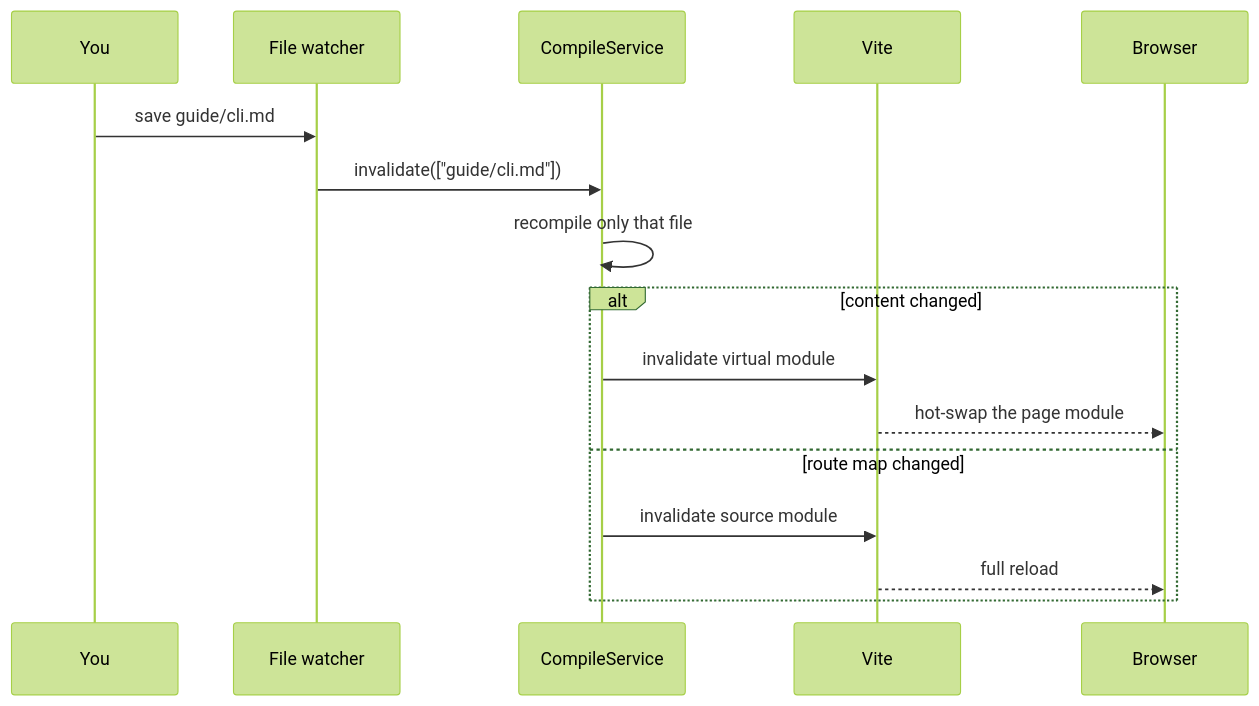
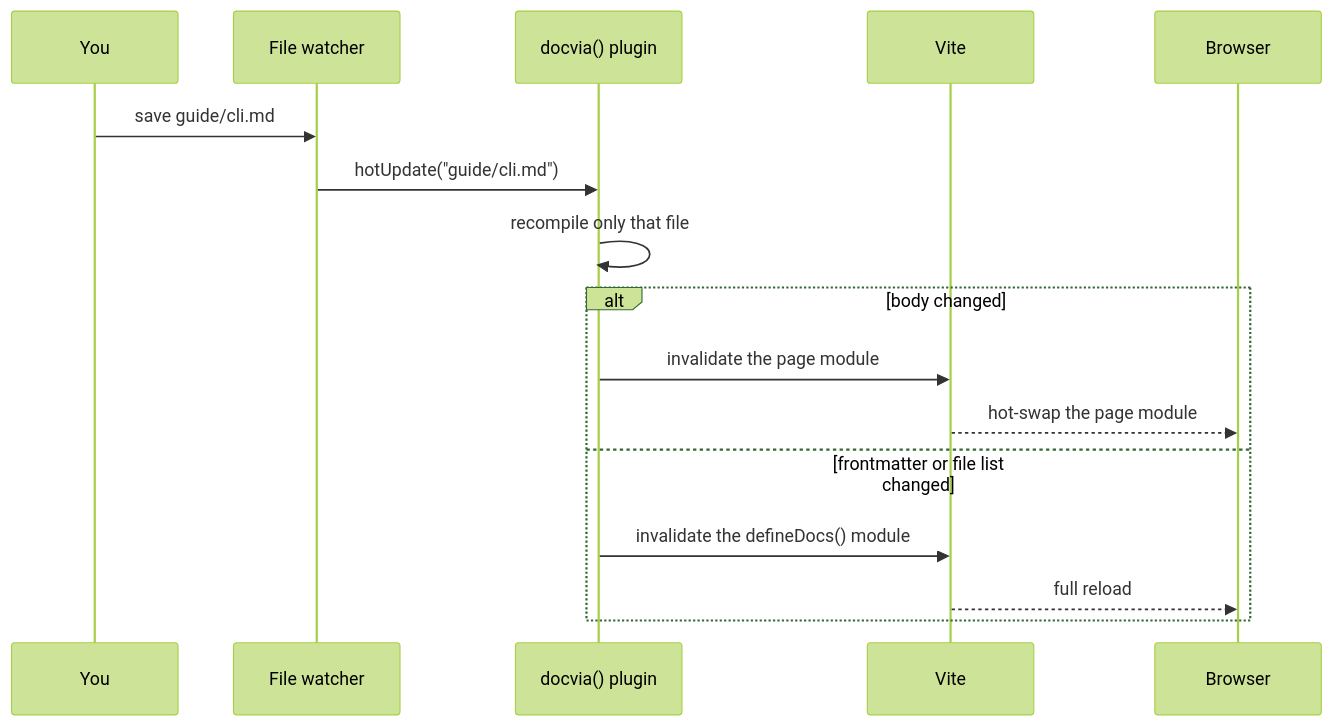
Before and after one commit to kanakkholwal/docvia: the second of 4 diagrams in apps/web/src/docs/guide/architecture.md, drawn with Mermaid (forest theme). The commit also changed other lines of this file and 164 other files, not shown here.

````diff
--- a/apps/web/src/docs/guide/architecture.md
+++ b/apps/web/src/docs/guide/architecture.md
@@ -68,20 +65,20 @@
 ```mermaid
 %% title: What happens when you save a Markdown file in dev
 sequenceDiagram
   participant You
   participant Watcher as File watcher
-  participant CS as CompileService
+  participant CS as docvia() plugin
   participant Vite
   participant Browser
 
   You->>Watcher: save guide/cli.md
-  Watcher->>CS: invalidate(["guide/cli.md"])
+  Watcher->>CS: hotUpdate("guide/cli.md")
   CS->>CS: recompile only that file
-  alt content changed
-    CS->>Vite: invalidate virtual module
+  alt body changed
+    CS->>Vite: invalidate the page module
     Vite-->>Browser: hot-swap the page module
-  else route map changed
-    CS->>Vite: invalidate source module
+  else frontmatter or file list changed
+    CS->>Vite: invalidate the defineDocs() module
     Vite-->>Browser: full reload
   end
 ```
````
